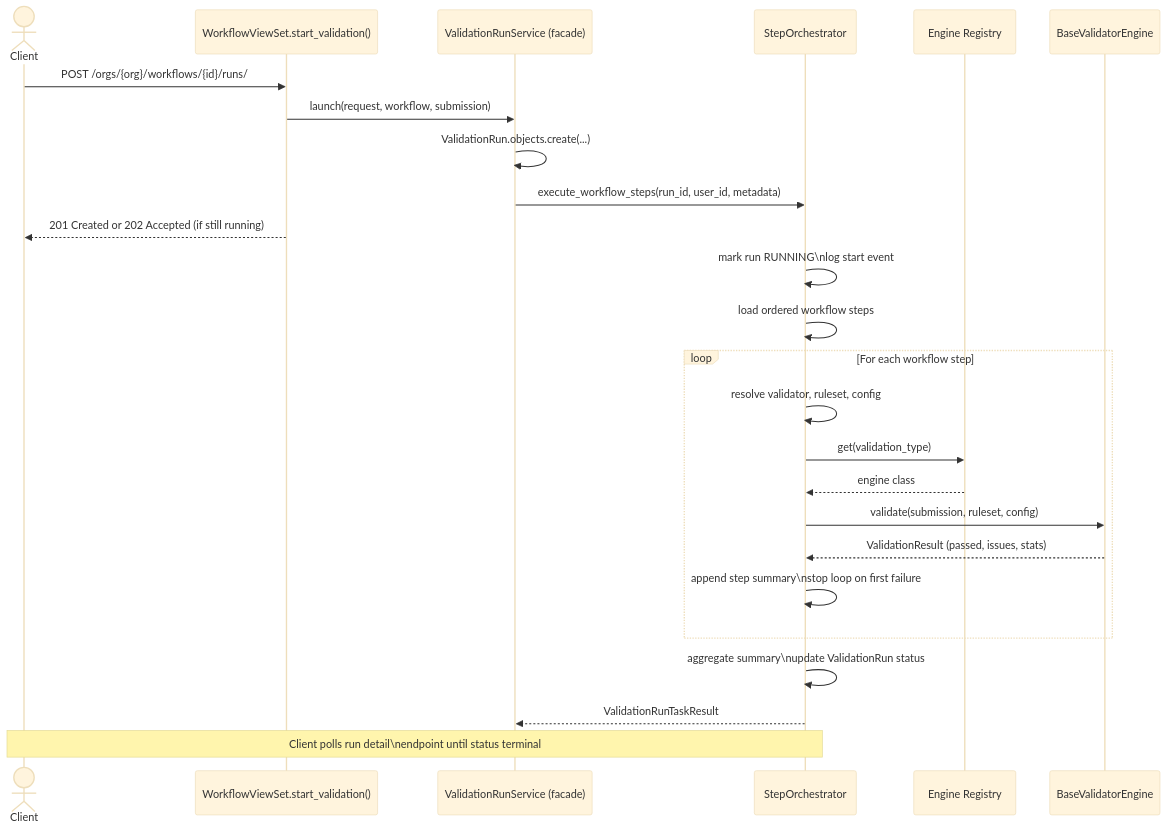
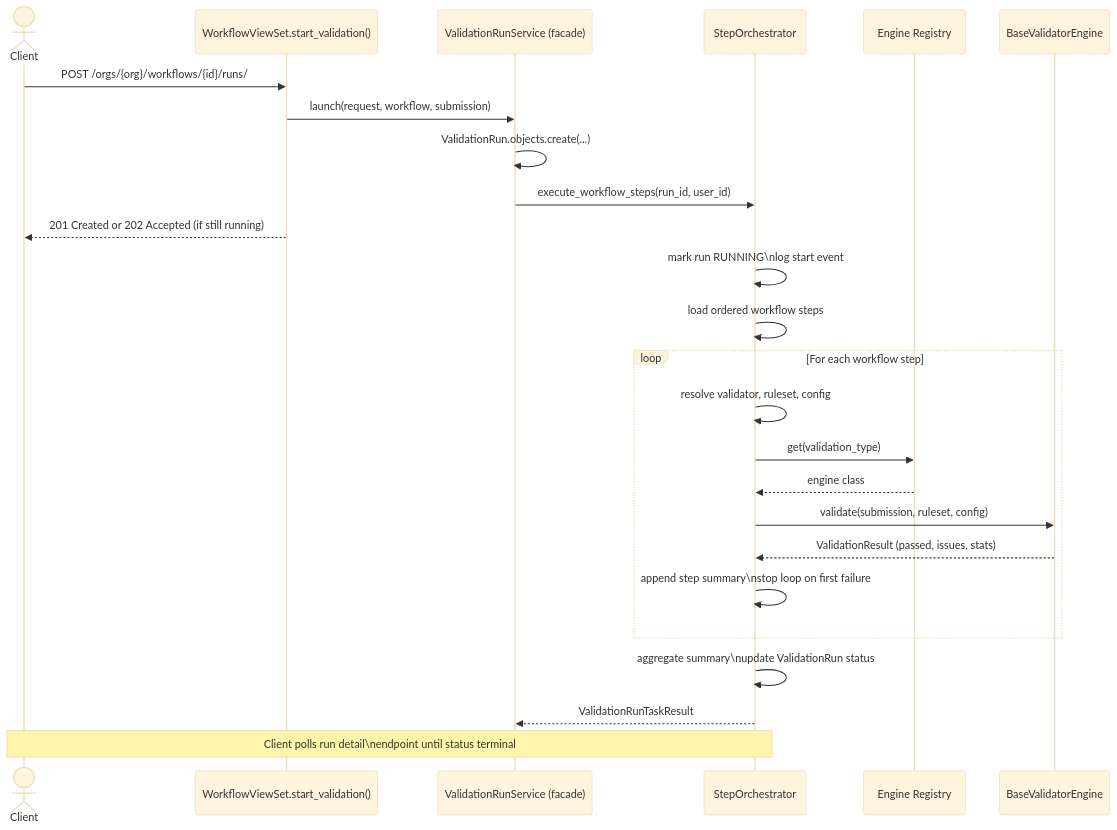
The diagram in docs/dev_docs/overview/how_it_works.md (danielmcquillen/validibot), drawn with Mermaid (base theme) before and after one commit. The commit also changed other lines of this file and 13 other files, not shown here.

````diff
--- a/docs/dev_docs/overview/how_it_works.md
+++ b/docs/dev_docs/overview/how_it_works.md
@@ -270,31 +270,31 @@
 ```mermaid
 sequenceDiagram
     actor Client
     participant API as WorkflowViewSet.start_validation()
     participant Facade as ValidationRunService (facade)
     participant Orch as StepOrchestrator
     participant Registry as Engine Registry
     participant Engine as BaseValidatorEngine
 
     Client->>API: POST /orgs/{org}/workflows/{id}/runs/
     API->>Facade: launch(request, workflow, submission)
     Facade->>Facade: ValidationRun.objects.create(...)
-    Facade->>Orch: execute_workflow_steps(run_id, user_id, metadata)
+    Facade->>Orch: execute_workflow_steps(run_id, user_id)
     API-->>Client: 201 Created or 202 Accepted (if still running)
 
     Orch->>Orch: mark run RUNNING\nlog start event
     Orch->>Orch: load ordered workflow steps
 
     loop For each workflow step
         Orch->>Orch: resolve validator, ruleset, config
         Orch->>Registry: get(validation_type)
         Registry-->>Orch: engine class
         Orch->>Engine: validate(submission, ruleset, config)
         Engine-->>Orch: ValidationResult (passed, issues, stats)
         Orch->>Orch: append step summary\nstop loop on first failure
     end
 
     Orch->>Orch: aggregate summary\nupdate ValidationRun status
     Orch-->>Facade: ValidationRunTaskResult
     note over Client,Orch: Client polls run detail\nendpoint until status terminal
 ```
````
